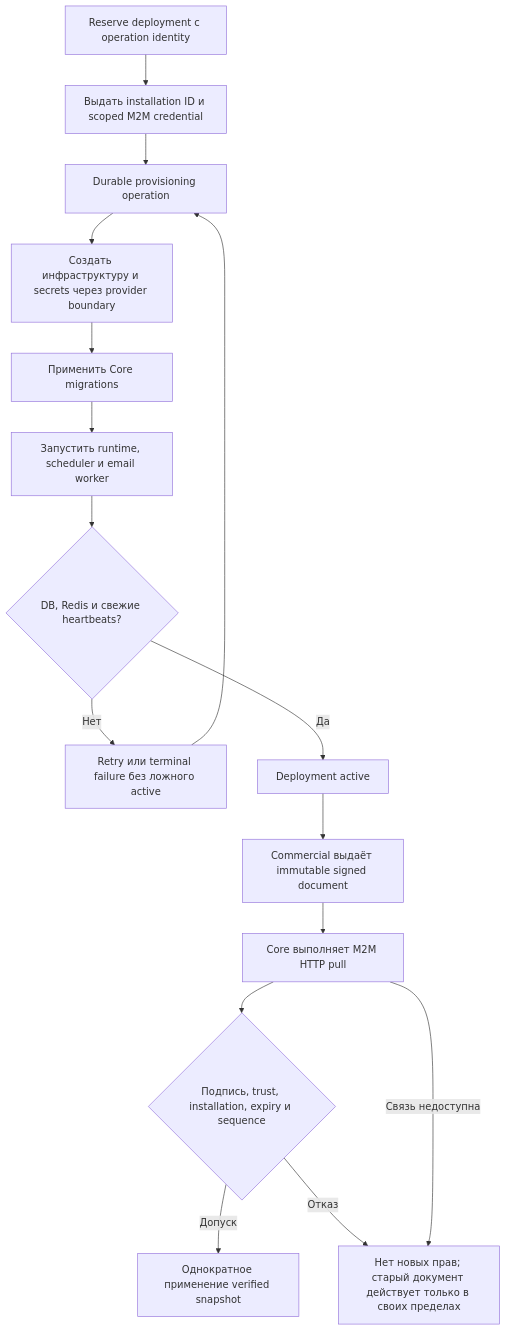
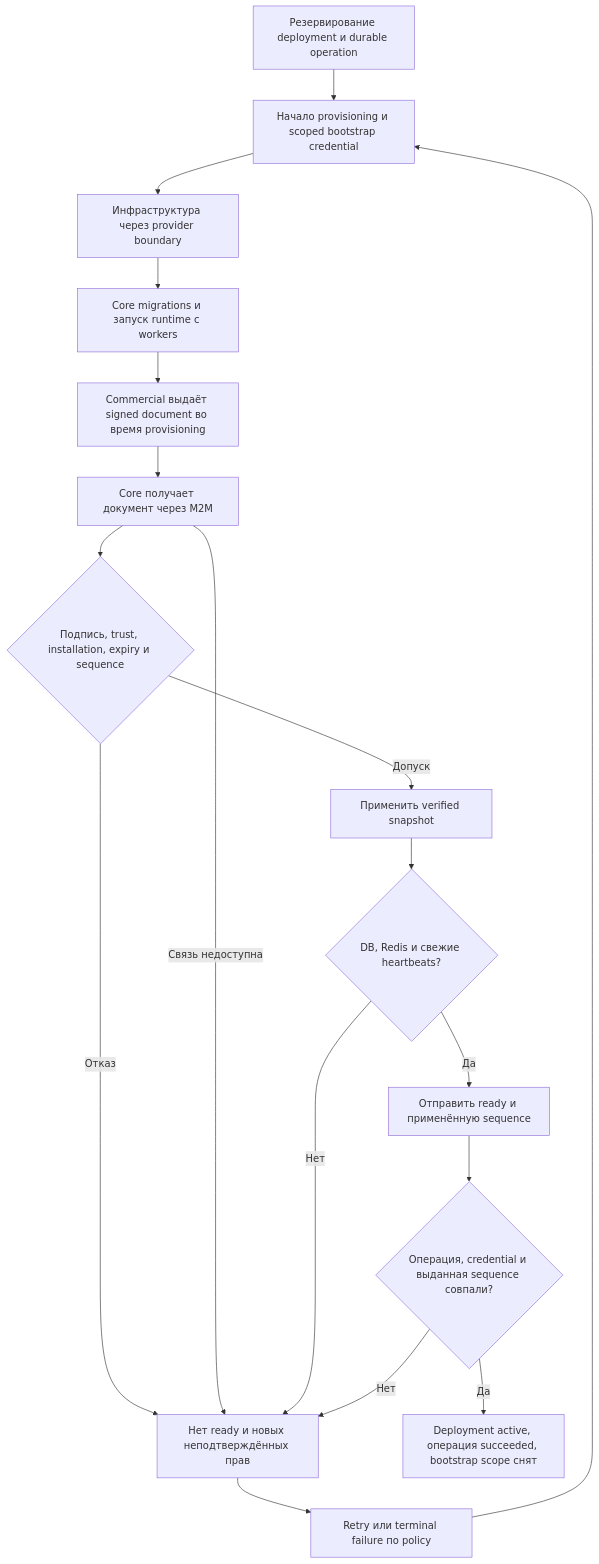
The diagram in docs/processes/10-provisioning.mmd (YCleffo/Platform), drawn with Mermaid before and after one commit. The commit also changed 35 other files, not shown here.

```diff
--- a/docs/processes/10-provisioning.mmd
+++ b/docs/processes/10-provisioning.mmd
@@ -1,16 +1,18 @@
 flowchart TD
-  Reserve[Reserve deployment с operation identity] --> Credential[Выдать installation ID и scoped M2M credential]
-  Credential --> Operation[Durable provisioning operation]
-  Operation --> Infrastructure[Создать инфраструктуру и secrets через provider boundary]
-  Infrastructure --> Migrate[Применить Core migrations]
-  Migrate --> Activate[Запустить runtime, scheduler и email worker]
-  Activate --> Ready{DB, Redis и свежие heartbeats?}
-  Ready -->|Нет| Retry[Retry или terminal failure без ложного active]
-  Retry --> Operation
-  Ready -->|Да| Active[Deployment active]
-  Active --> Issue[Commercial выдаёт immutable signed document]
-  Issue --> Pull[Core выполняет M2M HTTP pull]
+  Reserve[Резервирование deployment и durable operation] --> Start[Начало provisioning и scoped bootstrap credential]
+  Start --> Infrastructure[Инфраструктура через provider boundary]
+  Infrastructure --> Migrate[Core migrations и запуск runtime с workers]
+  Migrate --> Issue[Commercial выдаёт signed document во время provisioning]
+  Issue --> Pull[Core получает документ через M2M]
   Pull --> Verify{Подпись, trust, installation, expiry и sequence}
-  Verify -->|Допуск| Apply[Однократное применение verified snapshot]
-  Verify -->|Отказ| Keep[Нет новых прав; старый документ действует только в своих пределах]
-  Pull -->|Связь недоступна| Keep
+  Verify -->|Допуск| Apply[Применить verified snapshot]
+  Verify -->|Отказ| Fail[Нет ready и новых неподтверждённых прав]
+  Pull -->|Связь недоступна| Fail
+  Apply --> Ready{DB, Redis и свежие heartbeats?}
+  Ready -->|Нет| Fail
+  Ready -->|Да| Report[Отправить ready и применённую sequence]
+  Report --> Accept{Операция, credential и выданная sequence совпали?}
+  Accept -->|Нет| Fail
+  Accept -->|Да| Active[Deployment active, операция succeeded, bootstrap scope снят]
+  Fail --> Retry[Retry или terminal failure по policy]
+  Retry --> Start
```
